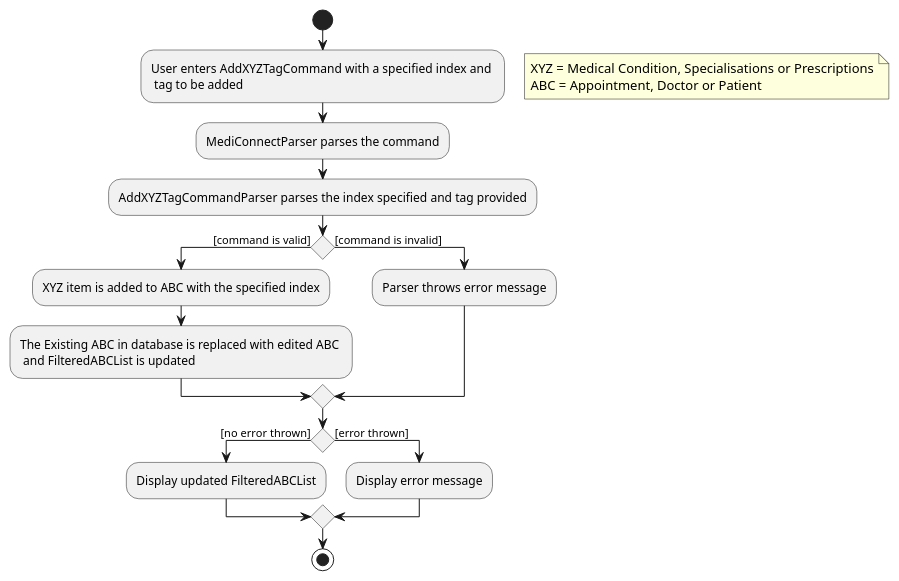
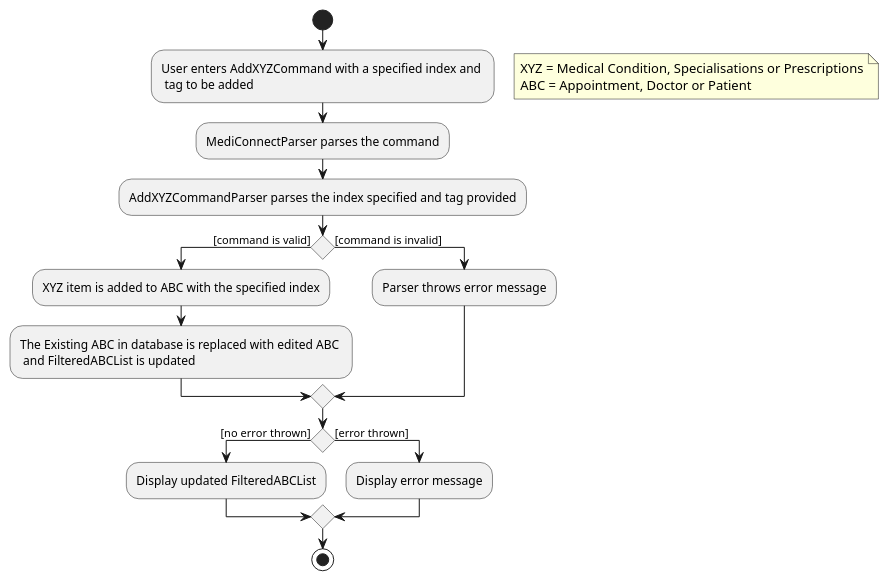
The diagram in docs/diagrams/AddXYZTagActivityDiagram.puml (yanghengtang/tp), drawn with PlantUML before and after one commit. The commit also changed 6 other files, not shown here.

```diff
--- a/docs/diagrams/AddXYZTagActivityDiagram.puml
+++ b/docs/diagrams/AddXYZTagActivityDiagram.puml
@@ -1,25 +1,25 @@
 @startuml
 'https://plantuml.com/activity-diagram-beta
 
 start
-:User enters AddXYZTagCommand with a specified index and \n tag to be added;
+:User enters AddXYZCommand with a specified index and \n tag to be added;
 floating note right
     XYZ = Medical Condition, Specialisations or Prescriptions
     ABC = Appointment, Doctor or Patient
 end note
 :MediConnectParser parses the command;
-:AddXYZTagCommandParser parses the index specified and tag provided;
+:AddXYZCommandParser parses the index specified and tag provided;
 if () then ([command is valid])
   :XYZ item is added to ABC with the specified index;
   :The Existing ABC in database is replaced with edited ABC \n and FilteredABCList is updated;
 else ([command is invalid])
   :Parser throws error message;
 endif
 if () then ([no error thrown])
   :Display updated FilteredABCList;
 else ([error thrown])
   :Display error message;
 endif
 stop
 
 @enduml
```
